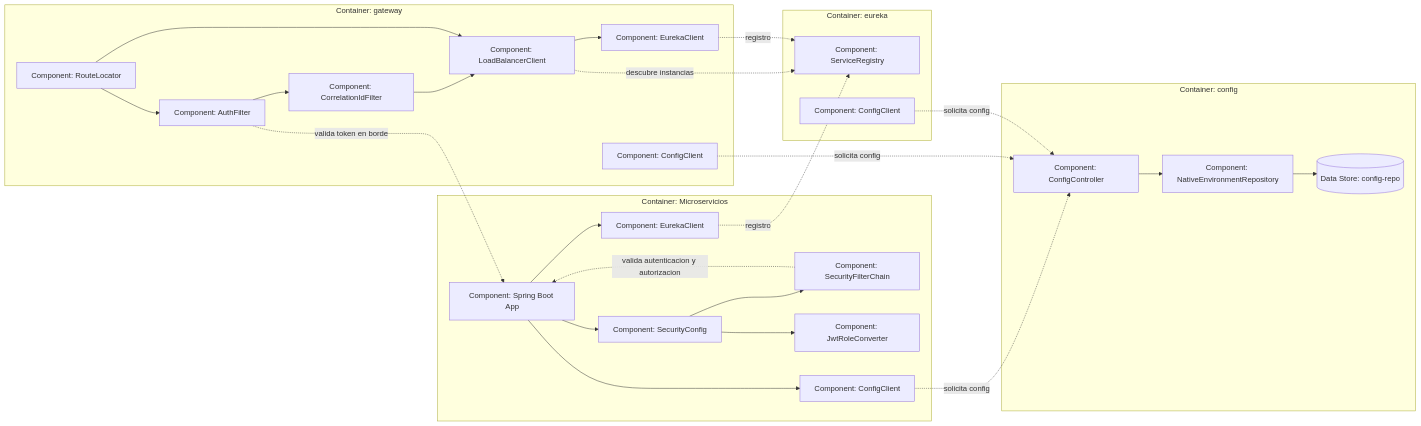
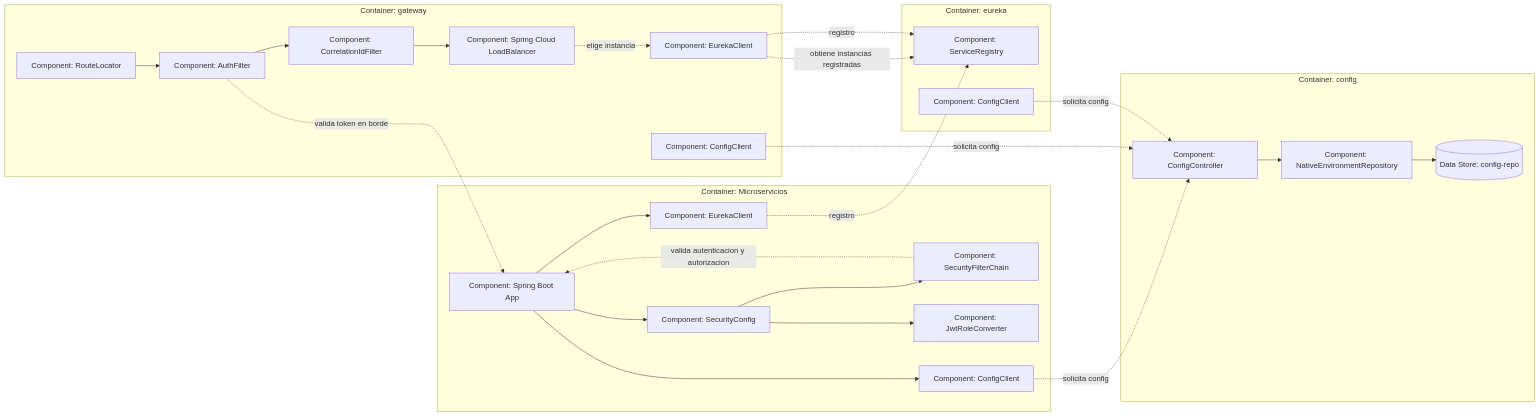
Before and after one commit to 262dist/pagatu: the third of 10 diagrams in README_02_ARQUITECTURA_DETALLADA.md, drawn with Mermaid. The commit also changed other lines of this file, not shown here.

````diff
--- a/README_02_ARQUITECTURA_DETALLADA.md
+++ b/README_02_ARQUITECTURA_DETALLADA.md
@@ -60,55 +60,54 @@
 ```mermaid
 flowchart LR
     subgraph gateway["Container: gateway"]
         routeLocator["Component: RouteLocator"]
         authFilter["Component: AuthFilter"]
         traceFilter["Component: CorrelationIdFilter"]
-        lbClient["Component: LoadBalancerClient"]
+        lbClient["Component: Spring Cloud LoadBalancer"]
         gatewayDiscoveryClient["Component: EurekaClient"]
         gatewayConfigClient["Component: ConfigClient"]
 
         routeLocator --> authFilter
         authFilter --> traceFilter
         traceFilter --> lbClient
-        lbClient --> gatewayDiscoveryClient
+        lbClient -. elige instancia .-> gatewayDiscoveryClient
     end
 
     subgraph eureka["Container: eureka"]
         registry["Component: ServiceRegistry"]
         eurekaConfigClient["Component: ConfigClient"]
     end
 
     subgraph config["Container: config"]
         configController["Component: ConfigController"]
         nativeRepo["Component: NativeEnvironmentRepository"]
         configRepo[(Data Store: config-repo)]
 
         configController --> nativeRepo
         nativeRepo --> configRepo
     end
 
     subgraph ms["Container: Microservicios"]
         serviceApp["Component: Spring Boot App"]
         securityConfig["Component: SecurityConfig"]
         securityChain["Component: SecurityFilterChain"]
         roleConverter["Component: JwtRoleConverter"]
         eurekaClient["Component: EurekaClient"]
         configClient["Component: ConfigClient"]
 
         serviceApp --> securityConfig
         serviceApp --> eurekaClient
         serviceApp --> configClient
         securityConfig --> securityChain
         securityConfig --> roleConverter
     end
 
-    routeLocator --> lbClient
-    lbClient -. descubre instancias .-> registry
+    gatewayDiscoveryClient -. obtiene instancias registradas .-> registry
     gatewayDiscoveryClient -. registro .-> registry
     authFilter -. valida token en borde .-> serviceApp
     securityChain -. valida autenticacion y autorizacion .-> serviceApp
     configClient -. solicita config .-> configController
     eurekaClient -. registro .-> registry
     gatewayConfigClient -. solicita config .-> configController
     eurekaConfigClient -. solicita config .-> configController
 ```
````
